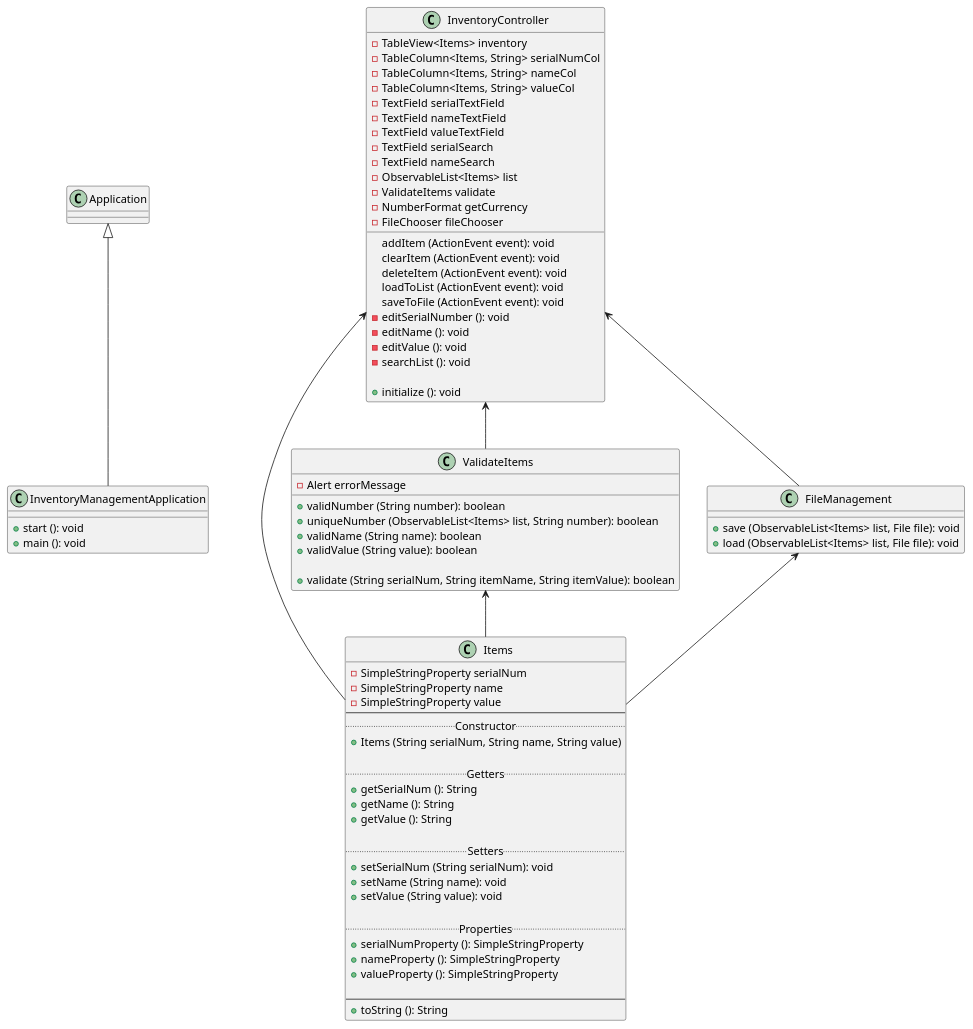
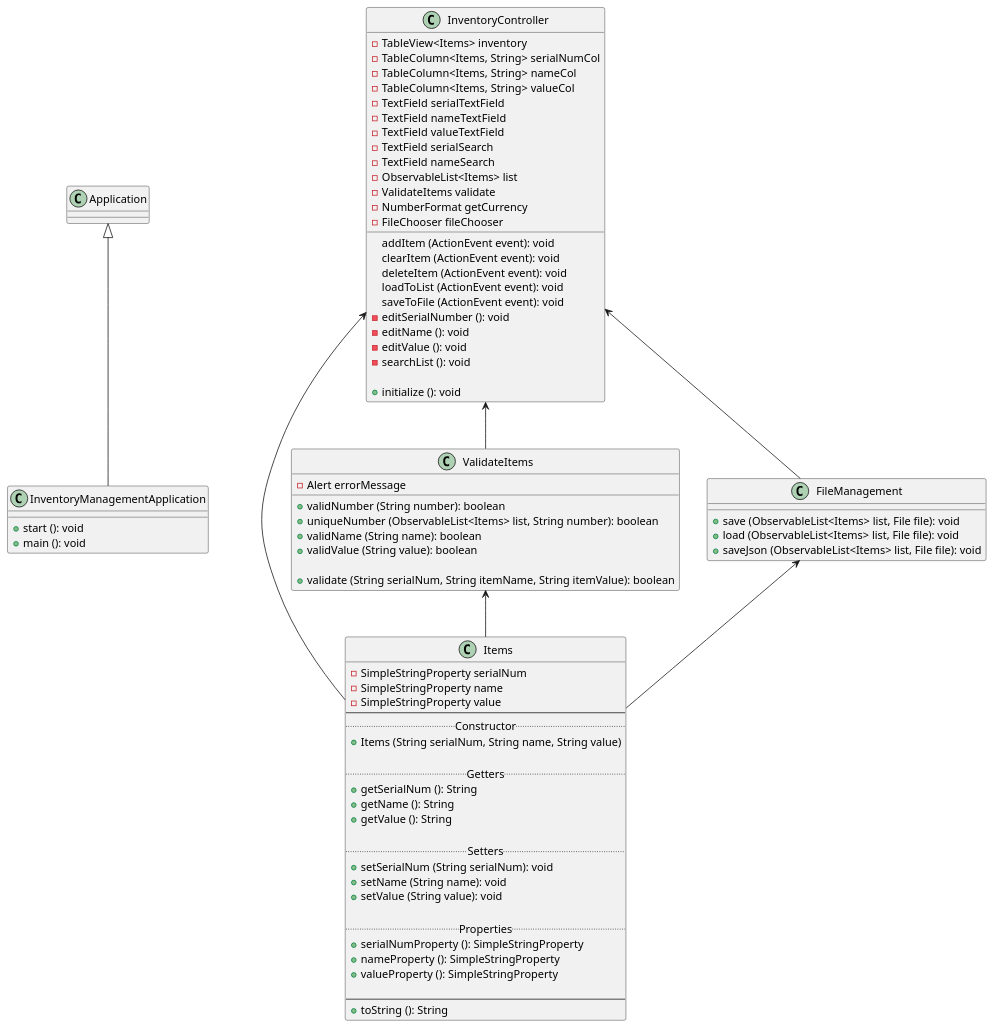
Before and after one commit to Leo2399/herrera-app2: the diagram in docs/ApplicationAssignment2.puml, drawn with PlantUML.

Commit message:
updated uml diagram

```diff
--- a/docs/ApplicationAssignment2.puml
+++ b/docs/ApplicationAssignment2.puml
@@ -1,89 +1,90 @@
 @startuml
 
 class InventoryManagementApplication {
     +start (): void
     +main (): void
 }
 
 Application <|-- InventoryManagementApplication
 
 class InventoryController {
     -TableView<Items> inventory
     -TableColumn<Items, String> serialNumCol
     -TableColumn<Items, String> nameCol
     -TableColumn<Items, String> valueCol
     -TextField serialTextField
     -TextField nameTextField
     -TextField valueTextField
     -TextField serialSearch
     -TextField nameSearch
     -ObservableList<Items> list
     -ValidateItems validate
     -NumberFormat getCurrency
     -FileChooser fileChooser
 
     addItem (ActionEvent event): void
     clearItem (ActionEvent event): void
     deleteItem (ActionEvent event): void
     loadToList (ActionEvent event): void
     saveToFile (ActionEvent event): void
     -editSerialNumber (): void
     -editName (): void
     -editValue (): void
     -searchList (): void
 
     +initialize (): void
 }
 
 class Items {
     -SimpleStringProperty serialNum
     -SimpleStringProperty name
     -SimpleStringProperty value
 --
     ..Constructor..
     +Items (String serialNum, String name, String value)
 
     ..Getters..
     +getSerialNum (): String
     +getName (): String
     +getValue (): String
 
     ..Setters..
     +setSerialNum (String serialNum): void
     +setName (String name): void
     +setValue (String value): void
 
     ..Properties..
     +serialNumProperty (): SimpleStringProperty
     +nameProperty (): SimpleStringProperty
     +valueProperty (): SimpleStringProperty
 
     --
     +toString (): String
 }
 
 InventoryController <-- Items
 ValidateItems <-- Items
 FileManagement <-- Items
 
 class ValidateItems {
     -Alert errorMessage
 
     +validNumber (String number): boolean
     +uniqueNumber (ObservableList<Items> list, String number): boolean
     +validName (String name): boolean
     +validValue (String value): boolean
 
     +validate (String serialNum, String itemName, String itemValue): boolean
 }
 
 InventoryController <--ValidateItems
 
 class FileManagement {
     +save (ObservableList<Items> list, File file): void
     +load (ObservableList<Items> list, File file): void
+    +saveJson (ObservableList<Items> list, File file): void
 }
 
 InventoryController <-- FileManagement
 
 @enduml
```
